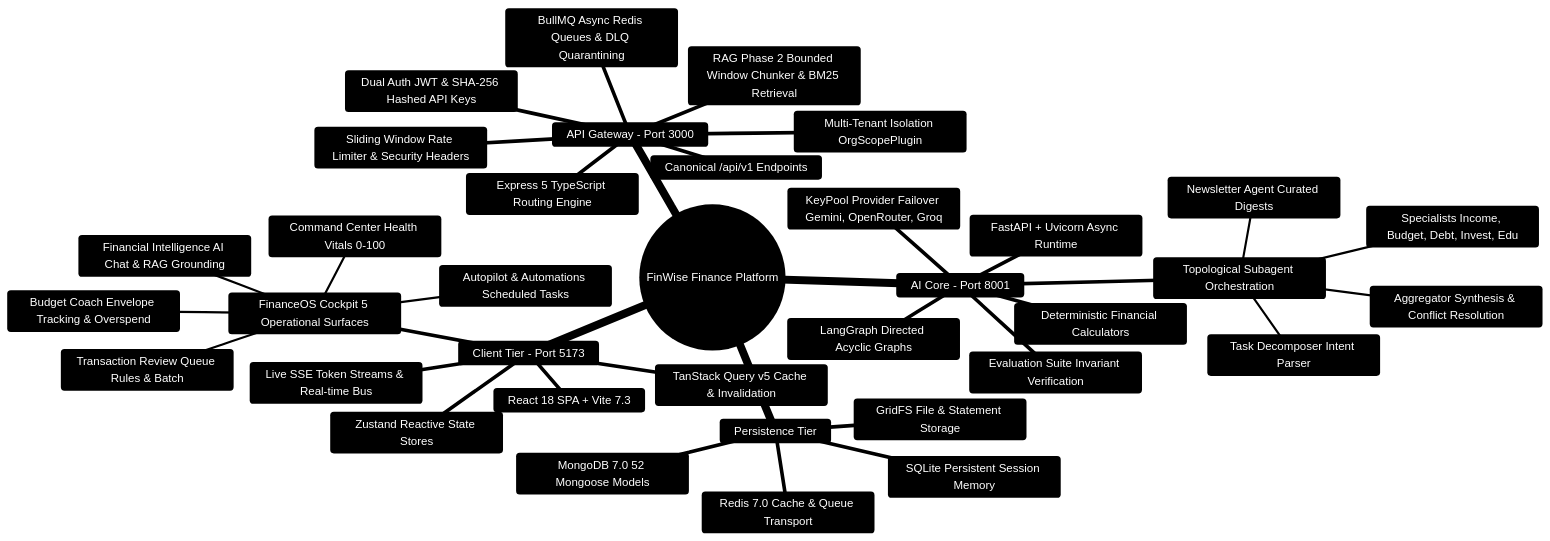
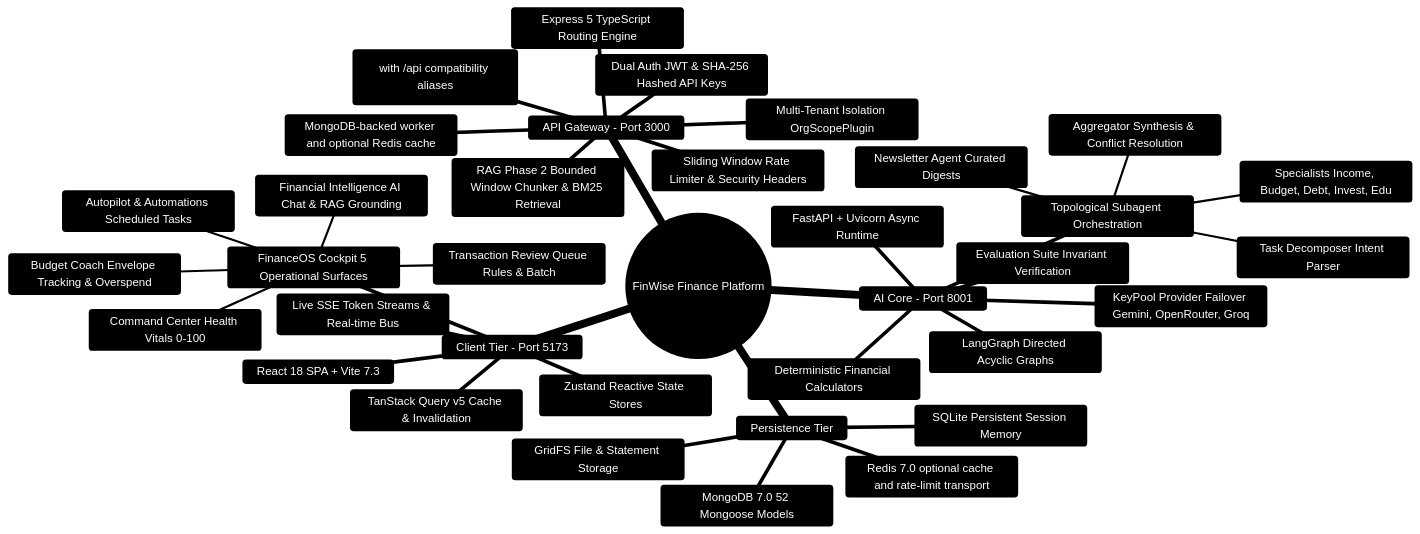
The first of 3 diagrams in README.md (Ganesh172919/personal-finance), drawn with Mermaid before and after one commit. The commit also changed other lines of this file and 1026 other files, not shown here.

````diff
--- a/README.md
+++ b/README.md
@@ -41,40 +64,40 @@
 ```mermaid
 %%{init: {'theme': 'base', 'themeVariables': { 'primaryColor': '#1e293b', 'primaryTextColor': '#ffffff', 'primaryBorderColor': '#3b82f6', 'lineColor': '#60a5fa', 'secondaryColor': '#0f172a', 'tertiaryColor': '#1e1e2e'}}}%%
 mindmap
   root((FinWise Finance Platform))
     Client Tier - Port 5173
       React 18 SPA + Vite 7.3
       FinanceOS Cockpit 5 Operational Surfaces
         Command Center Health Vitals 0-100
         Transaction Review Queue Rules & Batch
         Autopilot & Automations Scheduled Tasks
         Budget Coach Envelope Tracking & Overspend
         Financial Intelligence AI Chat & RAG Grounding
       Zustand Reactive State Stores
       TanStack Query v5 Cache & Invalidation
       Live SSE Token Streams & Real-time Bus
     API Gateway - Port 3000
       Express 5 TypeScript Routing Engine
-      Canonical /api/v1 Endpoints
+      Canonical /api/v1 Endpoints (with /api compatibility aliases)
       Dual Auth JWT & SHA-256 Hashed API Keys
       Multi-Tenant Isolation OrgScopePlugin
       Sliding Window Rate Limiter & Security Headers
-      BullMQ Async Redis Queues & DLQ Quarantining
+      MongoDB-backed worker and optional Redis cache
       RAG Phase 2 Bounded Window Chunker & BM25 Retrieval
     AI Core - Port 8001
       FastAPI + Uvicorn Async Runtime
       LangGraph Directed Acyclic Graphs
       Topological Subagent Orchestration
         Task Decomposer Intent Parser
         Specialists Income, Budget, Debt, Invest, Edu
         Aggregator Synthesis & Conflict Resolution
         Newsletter Agent Curated Digests
       KeyPool Provider Failover Gemini, OpenRouter, Groq
       Deterministic Financial Calculators
       Evaluation Suite Invariant Verification
     Persistence Tier
       MongoDB 7.0 52 Mongoose Models
-      Redis 7.0 Cache & Queue Transport
+      Redis 7.0 optional cache and rate-limit transport
       GridFS File & Statement Storage
       SQLite Persistent Session Memory
 ```
````
